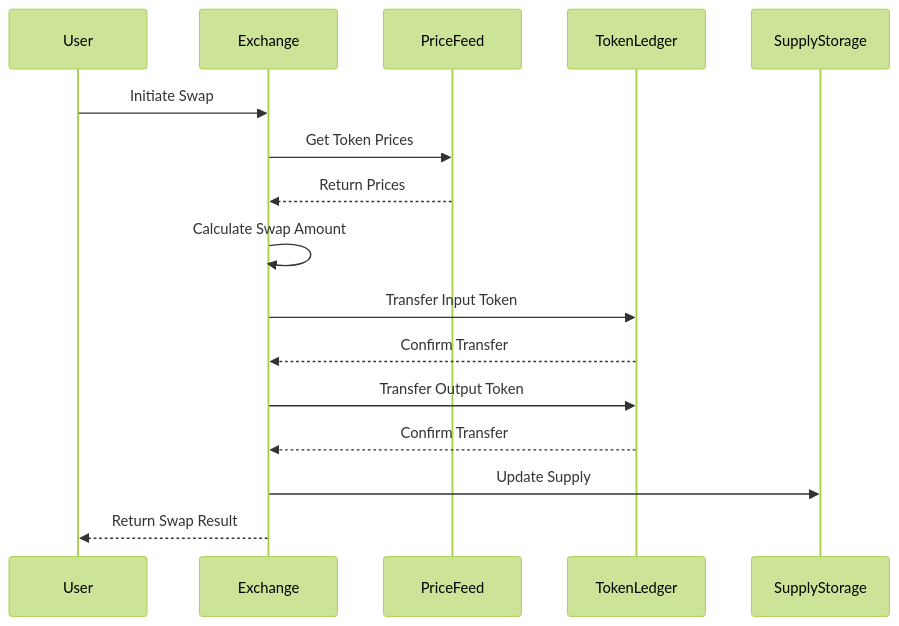
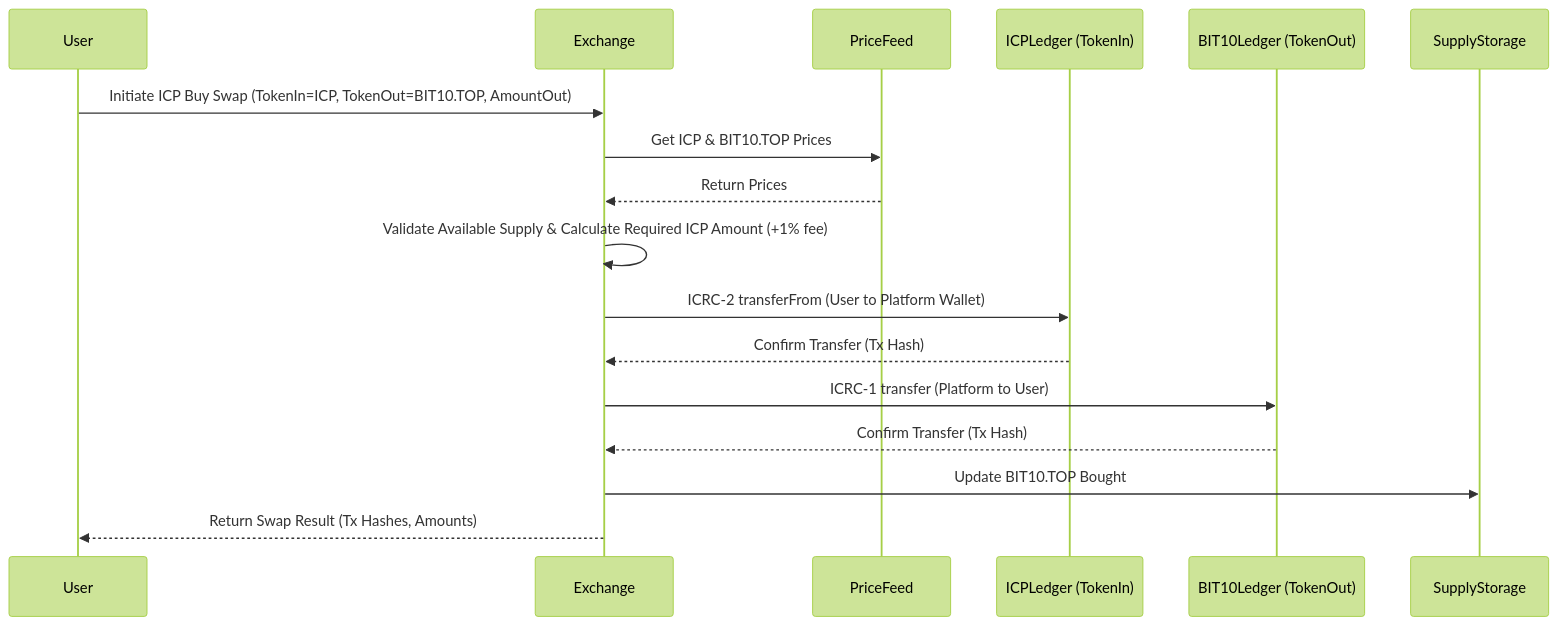
The third of 5 diagrams in icp_canisters/buy_bt10/mainnet_buy_bit10/README.md (ZeyaRabani/BIT10), drawn with Mermaid (forest theme) before and after one commit. The commit also changed other lines of this file and 42 other files, not shown here.

Commit message:
✨ 📝 Update code to buy BIT10 on mainnet, add docs for cross-chain lending/borrowing, and enable BIT10 on Base & Sepolia testnet

````diff
--- a/icp_canisters/buy_bt10/mainnet_buy_bit10/README.md
+++ b/icp_canisters/buy_bt10/mainnet_buy_bit10/README.md
@@ -38,19 +42,20 @@
 ```mermaid
 sequenceDiagram
     participant User
     participant Exchange
     participant PriceFeed
-    participant TokenLedger
+    participant ICPLedger (TokenIn)
+    participant BIT10Ledger (TokenOut)
     participant SupplyStorage
 
-    User->>Exchange: Initiate Swap
-    Exchange->>PriceFeed: Get Token Prices
+    User->>Exchange: Initiate ICP Buy Swap (TokenIn=ICP, TokenOut=BIT10.TOP, AmountOut)
+    Exchange->>PriceFeed: Get ICP & BIT10.TOP Prices
     PriceFeed-->>Exchange: Return Prices
-    Exchange->>Exchange: Calculate Swap Amount
-    Exchange->>TokenLedger: Transfer Input Token
-    TokenLedger-->>Exchange: Confirm Transfer
-    Exchange->>TokenLedger: Transfer Output Token
-    TokenLedger-->>Exchange: Confirm Transfer
-    Exchange->>SupplyStorage: Update Supply
-    Exchange-->>User: Return Swap Result
+    Exchange->>Exchange: Validate Available Supply & Calculate Required ICP Amount (+1% fee)
+    Exchange->>ICPLedger (TokenIn): ICRC-2 transferFrom (User to Platform Wallet)
+    ICPLedger (TokenIn)-->>Exchange: Confirm Transfer (Tx Hash)
+    Exchange->>BIT10Ledger (TokenOut): ICRC-1 transfer (Platform to User)
+    BIT10Ledger (TokenOut)-->>Exchange: Confirm Transfer (Tx Hash)
+    Exchange->>SupplyStorage: Update BIT10.TOP Bought
+    Exchange-->>User: Return Swap Result (Tx Hashes, Amounts)
 ```
````
